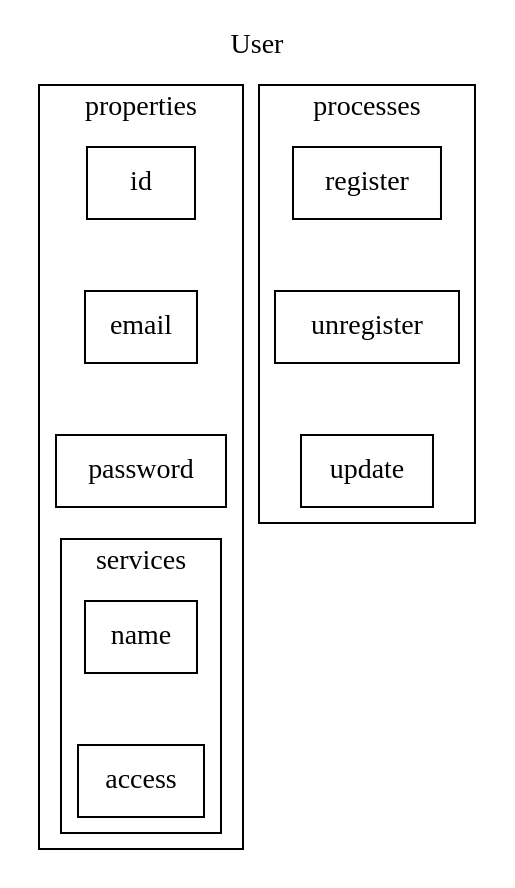
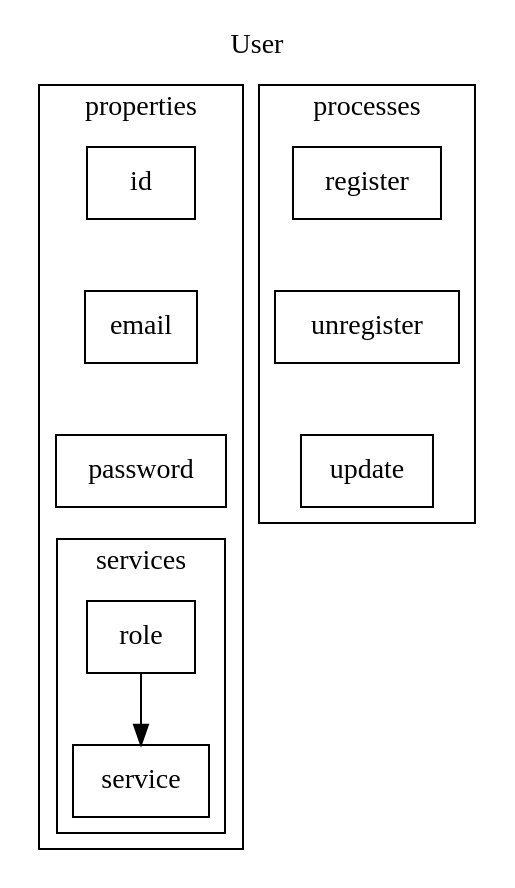
The diagram in design/models/identity/user.dot (emerson-argueta/postgres-react-golang-template), drawn with Graphviz before and after one commit. The commit also changed 3 other files, not shown here.

```diff
--- a/design/models/identity/user.dot
+++ b/design/models/identity/user.dot
@@ -1,29 +1,29 @@
 digraph user{
     labelloc=t
     label="User"
     subgraph cluster_properties{
         label="properties"
         id[shape=rectangle]
         email[shape=rectangle]
         password[shape=rectangle]
         subgraph cluster_services{
             label="services"
-            name[shape=rectangle]
-            access[shape=rectangle]
+            service[shape=rectangle]
+            role[shape=rectangle]
 
-            name->access[style=invis]
+            role->service
         }
 
-        id->email->password->name[style=invis]
+        id->email->password->role[style=invis]
     }
     subgraph cluster_processes{
         label="processes"
         register[shape=rectangle]
         unregister[shape=rectangle]
         update[shape=rectangle]
 
         register->
         unregister->
         update[style=invis]
     }
 }
```
